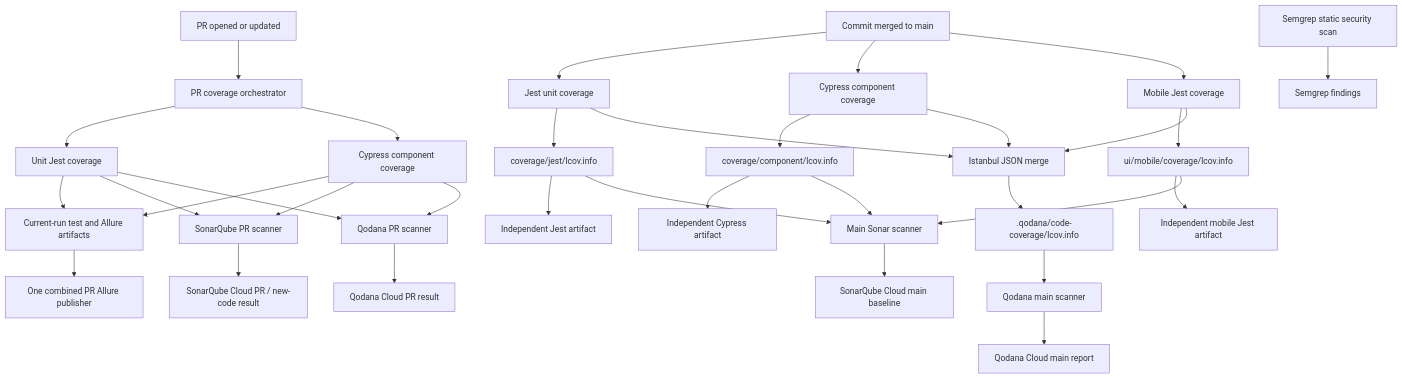
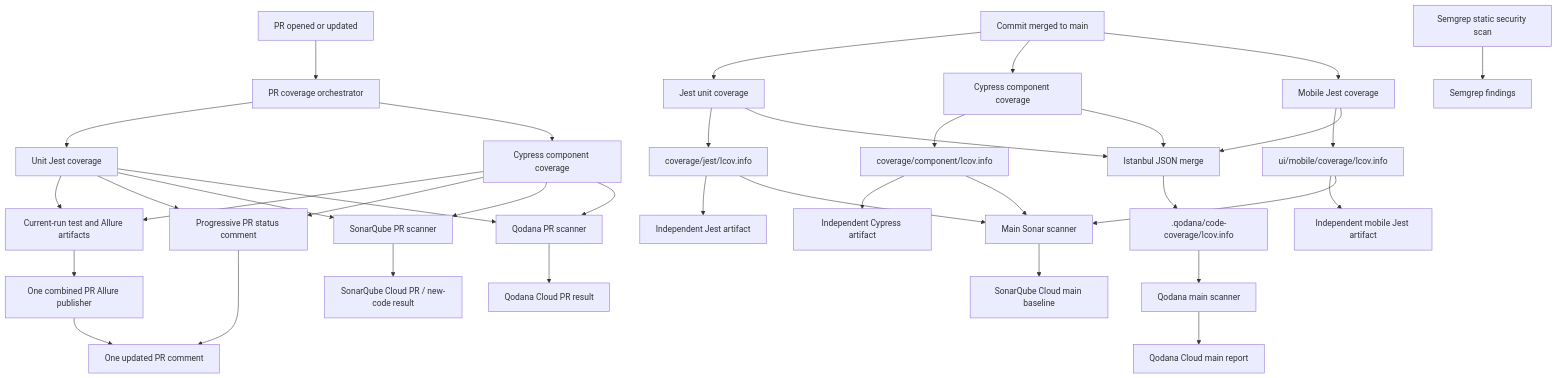
The diagram in docs/ai/design/feature-sonar-test-coverage.md (koreyba/EverFreeNote), drawn with Mermaid before and after one commit. The commit also changed other lines of this file and 12 other files, not shown here.

Commit message:
Restore progressive PR status updates

````diff
--- a/docs/ai/design/feature-sonar-test-coverage.md
+++ b/docs/ai/design/feature-sonar-test-coverage.md
@@ -11,38 +11,42 @@
 ```mermaid
 flowchart TD
   PR["PR opened or updated"] --> PRTests["PR coverage orchestrator"]
   PRTests --> UnitPR["Unit Jest coverage"]
   PRTests --> ComponentPR["Cypress component coverage"]
   UnitPR --> PRArtifacts["Current-run test and Allure artifacts"]
   ComponentPR --> PRArtifacts
+  UnitPR --> PRStatus["Progressive PR status comment"]
+  ComponentPR --> PRStatus
   PRArtifacts --> AllurePR["One combined PR Allure publisher"]
+  PRStatus --> PRComment["One updated PR comment"]
+  AllurePR --> PRComment
   UnitPR --> PRScan["SonarQube PR scanner"]
   ComponentPR --> PRScan
   UnitPR --> QodanaPR["Qodana PR scanner"]
   ComponentPR --> QodanaPR
   PRScan --> PRCloud["SonarQube Cloud PR / new-code result"]
   QodanaPR --> QodanaPRCloud["Qodana Cloud PR result"]
 
   Main["Commit merged to main"] --> Unit["Jest unit coverage"]
   Main --> Component["Cypress component coverage"]
   Main --> Mobile["Mobile Jest coverage"]
   Unit --> UnitLCOV["coverage/jest/lcov.info"]
   Component --> ComponentLCOV["coverage/component/lcov.info"]
   Mobile --> MobileLCOV["ui/mobile/coverage/lcov.info"]
   UnitLCOV --> UnitArtifact["Independent Jest artifact"]
   ComponentLCOV --> ComponentArtifact["Independent Cypress artifact"]
   MobileLCOV --> MobileArtifact["Independent mobile Jest artifact"]
   UnitLCOV --> MainScan["Main Sonar scanner"]
   ComponentLCOV --> MainScan
   MobileLCOV --> MainScan
   MainScan --> MainCloud["SonarQube Cloud main baseline"]
 
   Unit --> QodanaMerge["Istanbul JSON merge"]
   Component --> QodanaMerge
   Mobile --> QodanaMerge
   QodanaMerge --> QodanaLCOV[".qodana/code-coverage/lcov.info"]
   QodanaLCOV --> QodanaScan["Qodana main scanner"]
   QodanaScan --> QodanaCloud["Qodana Cloud main report"]
 
   Semgrep["Semgrep static security scan"] --> SemgrepCloud["Semgrep findings"]
 ```
````
